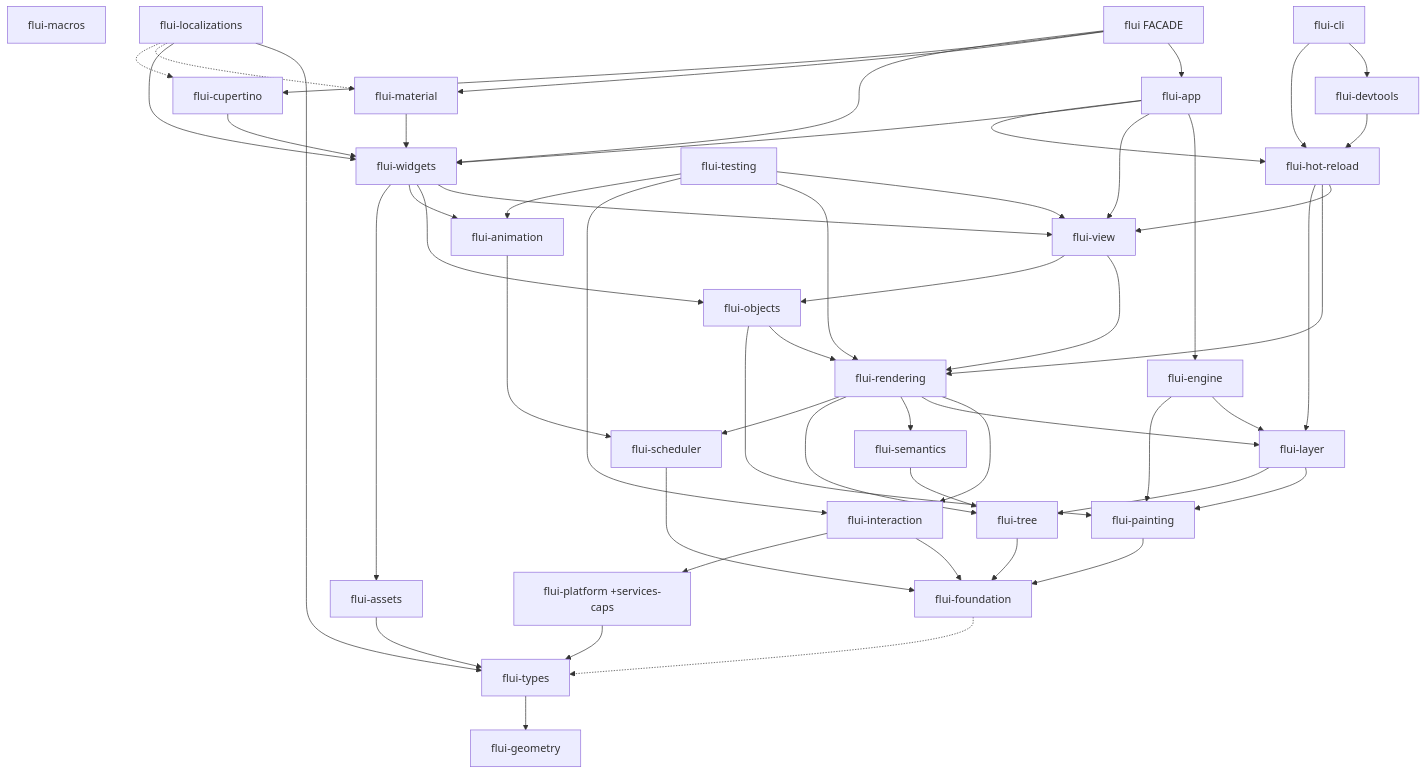
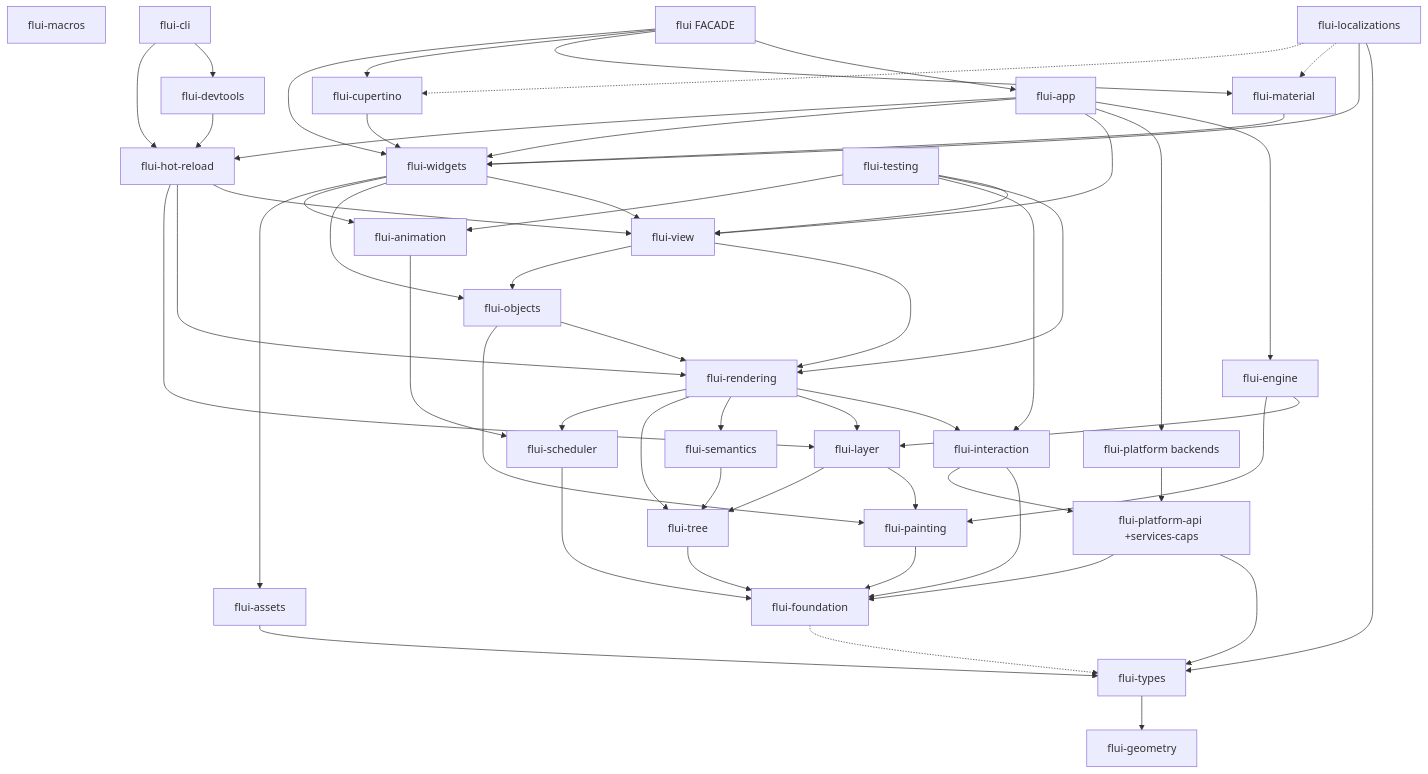
The diagram in docs/FOUNDATIONS.md (vanyastaff/flui), drawn with Mermaid before and after one commit. The commit also changed other lines of this file and 11 other files, not shown here.

First line of the commit message:
docs: record flui-platform-api and accept ADR-0082 in part

```diff
--- a/docs/FOUNDATIONS.md
+++ b/docs/FOUNDATIONS.md
@@ -168,7 +168,8 @@
     foundation[flui-foundation]
     macros[flui-macros]
     tree[flui-tree]
-    platform[flui-platform +services-caps]
+    platformapi[flui-platform-api +services-caps]
+    platform[flui-platform backends]
     scheduler[flui-scheduler]
     painting[flui-painting]
     interaction[flui-interaction]
@@ -194,11 +195,13 @@
     types --> geometry
     foundation -.-> types
     tree --> foundation
-    platform --> types
+    platformapi --> types
+    platformapi --> foundation
+    platform --> platformapi
     scheduler --> foundation
     painting --> foundation
     interaction --> foundation
-    interaction --> platform
+    interaction --> platformapi
     assets --> types
     semantics --> tree
     layer --> painting
@@ -233,6 +236,7 @@
     l10n -.-> material
     l10n -.-> cupertino
     app --> engine
+    app --> platform
     app --> view
     app --> widgets
     app --> hotreload
```
